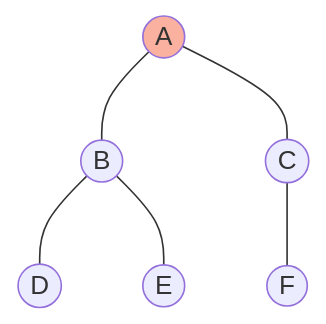
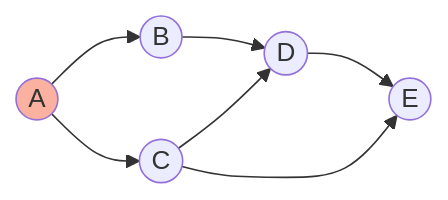
One commit to srinivasboini/interview-prep changed the diagram in algorithms/algorithms/11-graphs-fundamentals.md. Above: the diagram before and after it, drawn with Mermaid. The commit also changed other lines of this file and 50 other files, not shown here.

````diff
--- a/algorithms/algorithms/11-graphs-fundamentals.md
+++ b/algorithms/algorithms/11-graphs-fundamentals.md
@@ -34,10 +58,11 @@
 ```mermaid
-graph TD
-    A((A)) --- B((B))
-    A --- C((C))
-    B --- D((D))
-    B --- E((E))
-    C --- F((F))
+graph LR
+    A((A)) --> B((B))
+    A --> C((C))
+    B --> D((D))
+    C --> D
+    D --> E((E))
+    C --> E
     
     style A fill:#fab1a0
 ```
````
